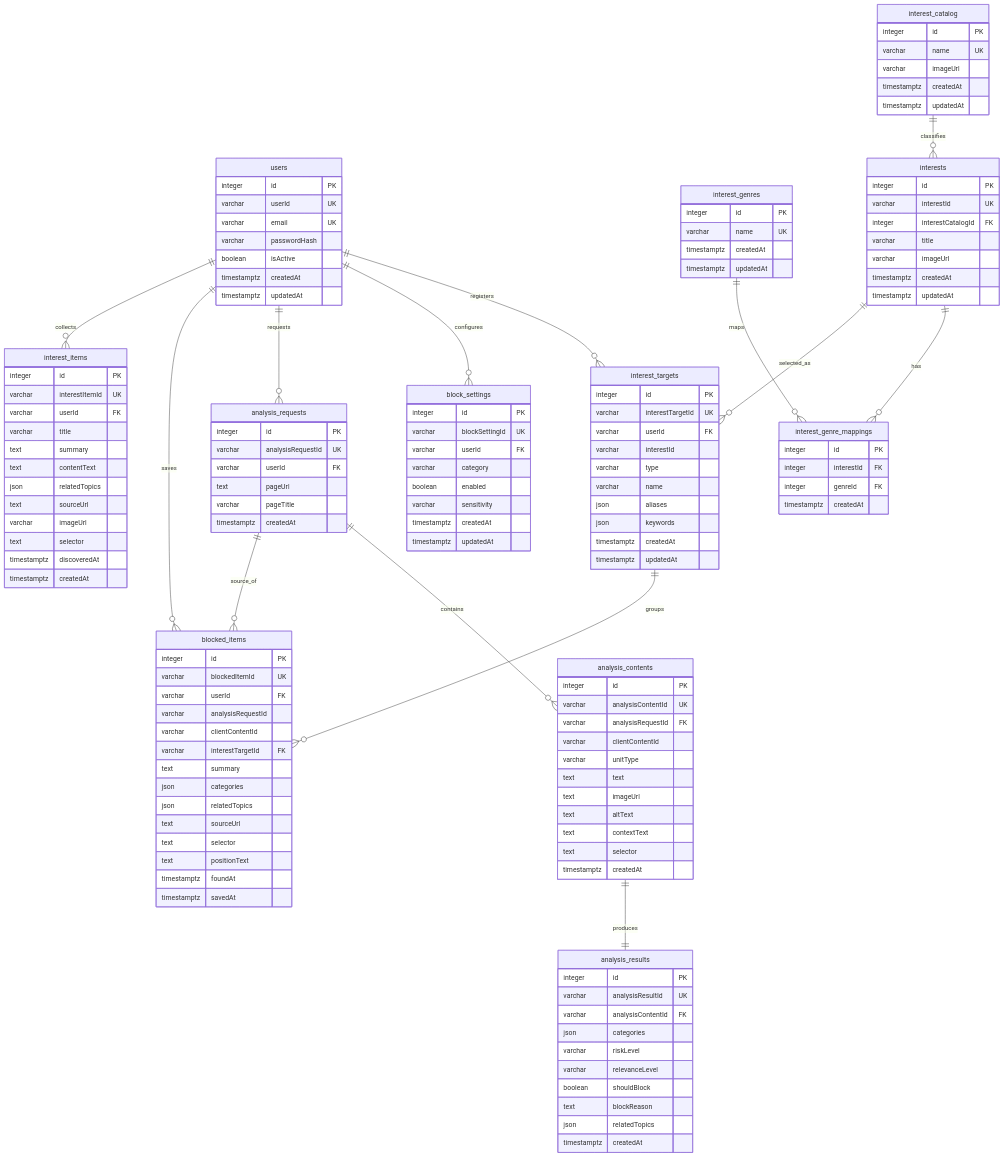
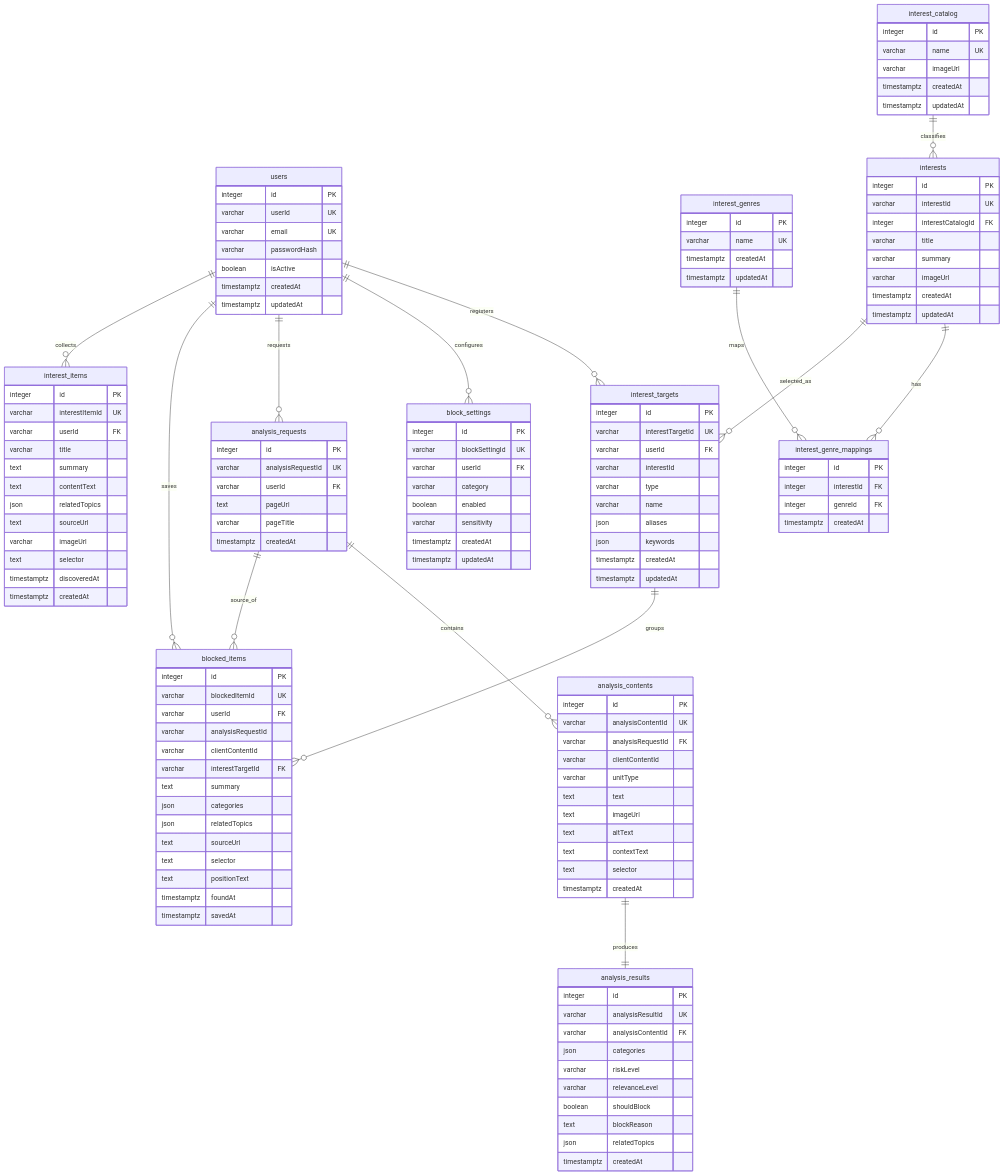
Before and after one commit to blankerrrrr/blanker_BE: the diagram in docs/erd.md, drawn with Mermaid. The commit also changed 13 other files, not shown here.

```diff
--- a/docs/erd.md
+++ b/docs/erd.md
@@ -32,6 +32,7 @@
         varchar interestId UK
         integer interestCatalogId FK
         varchar title
+        varchar summary
         varchar imageUrl
         timestamptz createdAt
         timestamptz updatedAt
```
